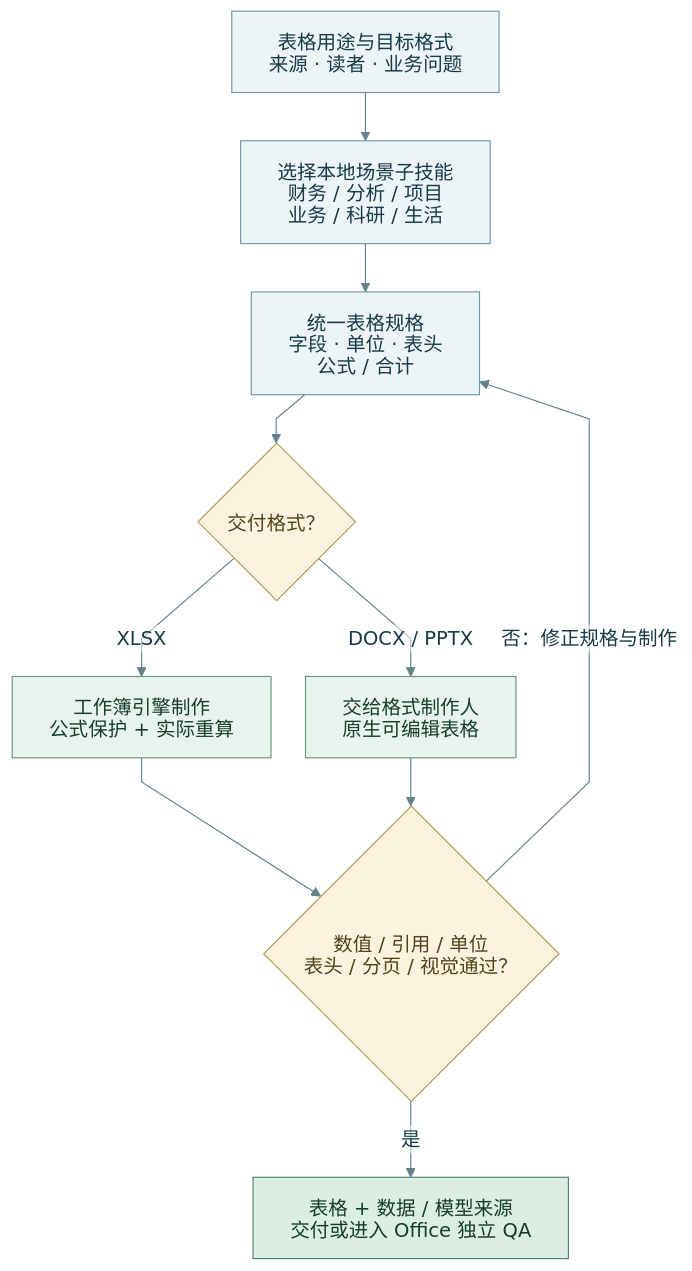
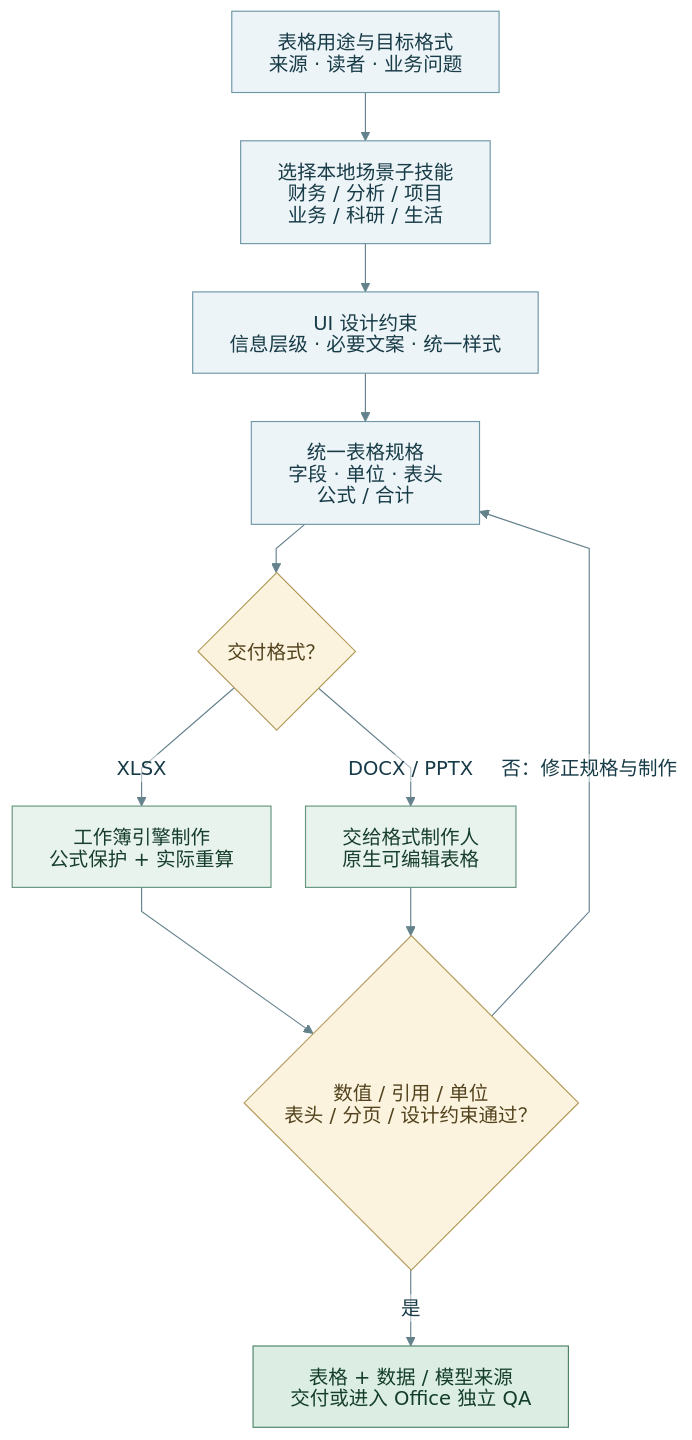
Before and after one commit to rinbarpen/vibe-vibe: the diagram in mine/omnisheet/assets/workflow.mmd, drawn with Mermaid. The commit also changed 1565 other files, not shown here.

```diff
--- a/mine/omnisheet/assets/workflow.mmd
+++ b/mine/omnisheet/assets/workflow.mmd
@@ -1,43 +1,44 @@
 ---
 config:
   theme: base
   htmlLabels: false
   securityLevel: strict
   fontFamily: 'Noto Sans CJK SC, sans-serif'
   themeVariables:
     fontFamily: 'Noto Sans CJK SC, sans-serif'
     fontSize: 17px
     background: '#ffffff'
     primaryColor: '#EAF3F5'
     primaryTextColor: '#173B47'
     primaryBorderColor: '#6794A0'
     lineColor: '#64828C'
     edgeLabelBackground: '#ffffff'
   flowchart:
     htmlLabels: false
     wrappingWidth: 240
     curve: linear
     nodeSpacing: 30
     rankSpacing: 42
     padding: 16
     useMaxWidth: false
 ---
 %% Omnidraw -> local mermaid sub-skill. Omnisheet plans tables; format roles produce native objects.
 flowchart TD
     A["表格用途与目标格式<br/>来源 · 读者 · 业务问题"] --> B["选择本地场景子技能<br/>财务 / 分析 / 项目<br/>业务 / 科研 / 生活"]
-    B --> C["统一表格规格<br/>字段 · 单位 · 表头<br/>公式 / 合计"]
+    B --> P["UI 设计约束<br/>信息层级 · 必要文案 · 统一样式"]
+    P --> C["统一表格规格<br/>字段 · 单位 · 表头<br/>公式 / 合计"]
     C --> D{"交付格式？"}
     D -->|XLSX| E["工作簿引擎制作<br/>公式保护 + 实际重算"]
     D -->|DOCX / PPTX| F["交给格式制作人<br/>原生可编辑表格"]
-    E --> G{"数值 / 引用 / 单位<br/>表头 / 分页 / 视觉通过？"}
+    E --> G{"数值 / 引用 / 单位<br/>表头 / 分页 / 设计约束通过？"}
     F --> G
     G -->|否：修正规格与制作| C
     G -->|是| H["表格 + 数据 / 模型来源<br/>交付或进入 Office 独立 QA"]
     classDef input fill:#EDF4F7,stroke:#6E97A6,color:#173B47;
     classDef maker fill:#E8F3EE,stroke:#64957D,color:#173E2C;
     classDef gate fill:#FBF3DE,stroke:#B29A59,color:#52421D;
     classDef done fill:#DCEEE4,stroke:#4C8467,color:#143E29;
-    class A,B,C input;
+    class A,B,C,P input;
     class E,F maker;
     class D,G gate;
     class H done;
```
